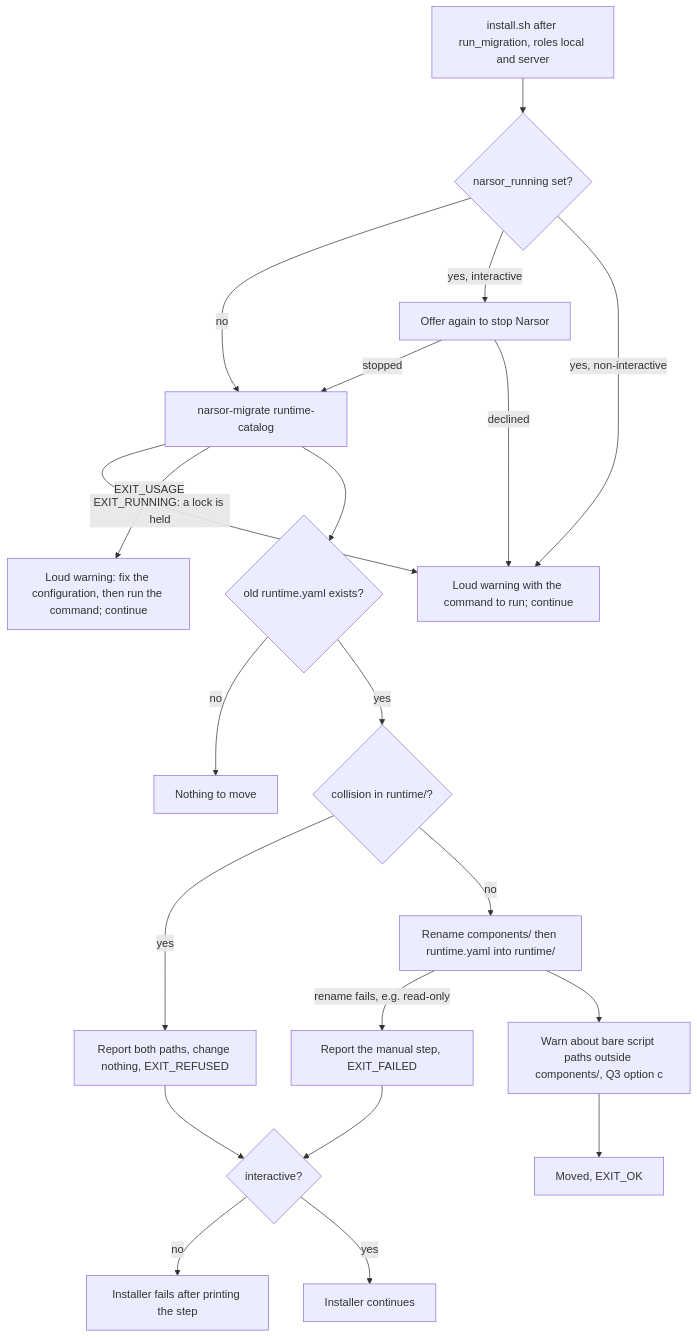
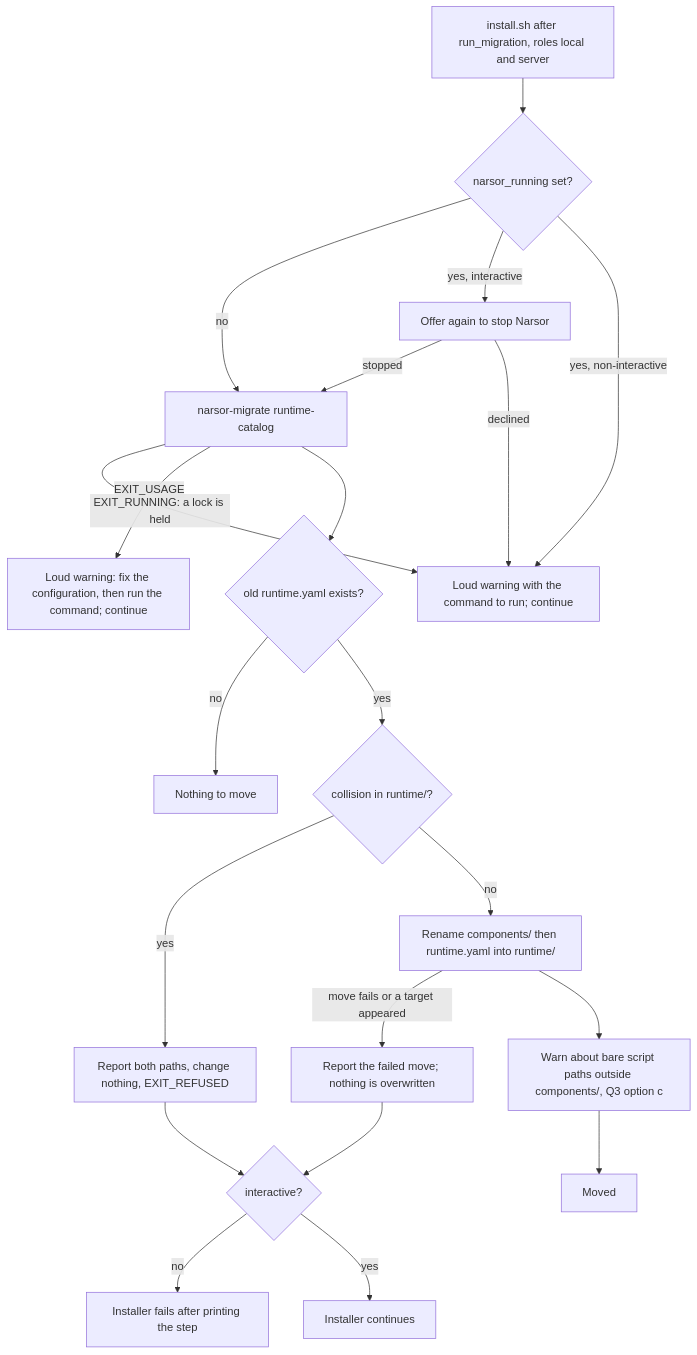
The diagram in docs/plans/2026-11-26-2348-refactor-runtime-catalog-directory-plan.md (glakartur/narsor), drawn with Mermaid before and after one commit. The commit also changed other lines of this file and 6 other files, not shown here.

````diff
--- a/docs/plans/2026-11-26-2348-refactor-runtime-catalog-directory-plan.md
+++ b/docs/plans/2026-11-26-2348-refactor-runtime-catalog-directory-plan.md
@@ -178,23 +178,23 @@
 ```mermaid
 flowchart TB
   A["install.sh after run_migration, roles local and server"] --> R{"narsor_running set?"}
   R -->|no| C["narsor-migrate runtime-catalog"]
   R -->|yes, interactive| S["Offer again to stop Narsor"]
   S -->|stopped| C
   S -->|declined| W1["Loud warning with the command to run; continue"]
   R -->|yes, non-interactive| W1
   C -->|EXIT_RUNNING: a lock is held| W1
   C -->|EXIT_USAGE| W0["Loud warning: fix the configuration, then run the command; continue"]
   C --> D{"old runtime.yaml exists?"}
   D -->|no| OK["Nothing to move"]
   D -->|yes| E{"collision in runtime/?"}
   E -->|yes| W2["Report both paths, change nothing, EXIT_REFUSED"]
   E -->|no| G["Rename components/ then runtime.yaml into runtime/"]
-  G -->|rename fails, e.g. read-only| W4["Report the manual step, EXIT_FAILED"]
+  G -->|move fails or a target appeared| W4["Report the failed move; nothing is overwritten"]
   G --> Q3["Warn about bare script paths outside components/, Q3 option c"]
-  Q3 --> DONE["Moved, EXIT_OK"]
+  Q3 --> DONE["Moved"]
   W2 --> H{"interactive?"}
   W4 --> H
   H -->|no| FAIL["Installer fails after printing the step"]
   H -->|yes| CONT["Installer continues"]
 ```
````
